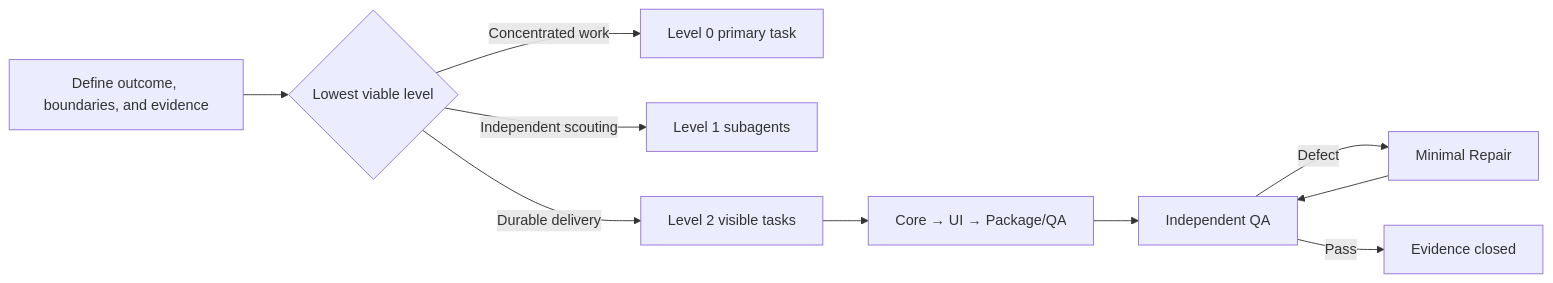
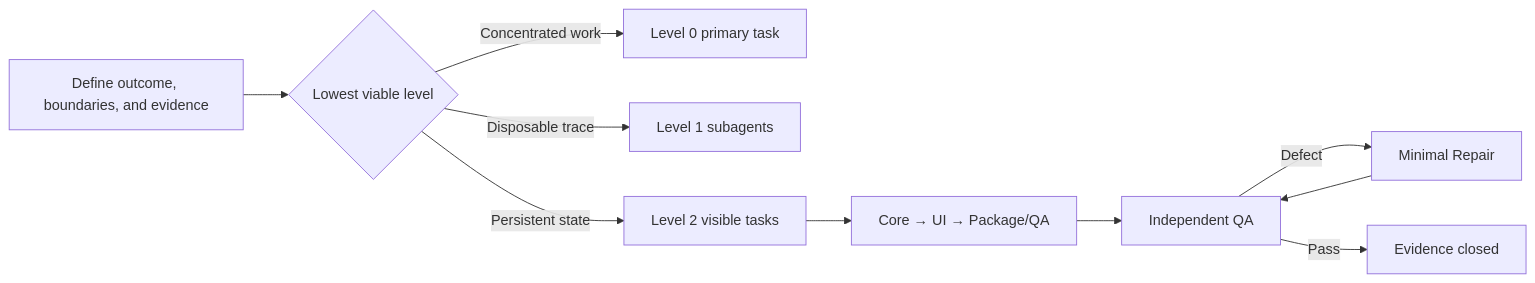
One commit to ShadowwithEaGLE/orchestrate-codex-sessions changed the diagram in README.en.md. Above: the diagram before and after it, drawn with Mermaid. The commit also changed other lines of this file and 9 other files, not shown here.

Commit message:
Route disposable subagents and durable visible tasks

````diff
--- a/README.en.md
+++ b/README.en.md
@@ -28,12 +28,12 @@
 ```mermaid
 flowchart LR
     A["Define outcome, boundaries, and evidence"] --> B{"Lowest viable level"}
     B -->|Concentrated work| C["Level 0 primary task"]
-    B -->|Independent scouting| D["Level 1 subagents"]
-    B -->|Durable delivery| E["Level 2 visible tasks"]
+    B -->|Disposable trace| D["Level 1 subagents"]
+    B -->|Persistent state| E["Level 2 visible tasks"]
     E --> F["Core → UI → Package/QA"]
     F --> G["Independent QA"]
     G -->|Defect| H["Minimal Repair"]
     H --> G
     G -->|Pass| I["Evidence closed"]
 ```
````
